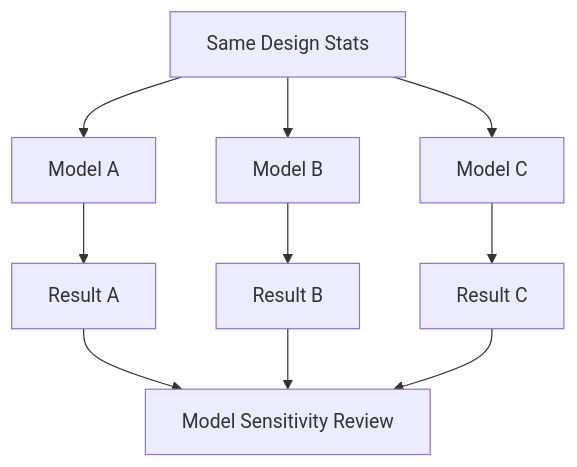
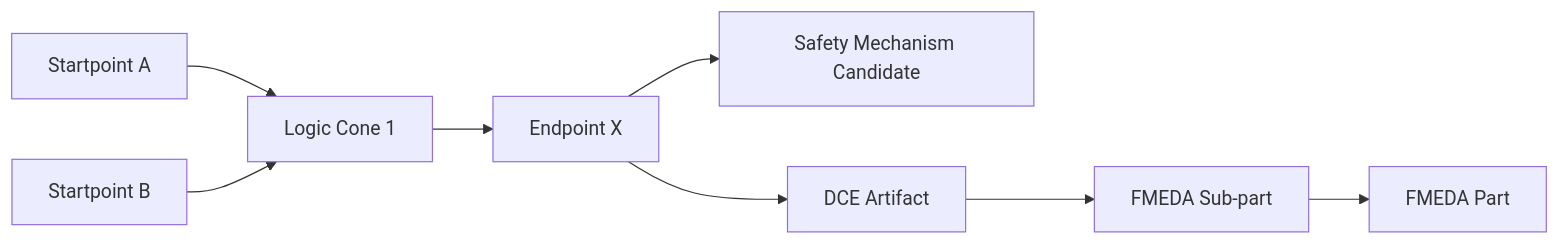
One commit to qiqixixi1001/automotive-safeic-practice changed the fourth of 5 diagrams in articles/04_automotive_safeic_practice_d04_github_en_generic.md. Above: the diagram before and after it, drawn with Mermaid. The commit also changed other lines of this file, not shown here.

````diff
--- a/articles/04_automotive_safeic_practice_d04_github_en_generic.md
+++ b/articles/04_automotive_safeic_practice_d04_github_en_generic.md
@@ -683,12 +764,10 @@
 ```mermaid
-flowchart TD
-    A[Same Design Stats] --> B[Model A]
-    A --> C[Model B]
-    A --> D[Model C]
-    B --> E[Result A]
-    C --> F[Result B]
-    D --> G[Result C]
-    E --> H[Model Sensitivity Review]
-    F --> H
-    G --> H
+flowchart LR
+    SP1[Startpoint A] --> C1[Logic Cone 1]
+    SP2[Startpoint B] --> C1
+    C1 --> EP1[Endpoint X]
+    EP1 --> SM1[Safety Mechanism Candidate]
+    EP1 --> DCE1[DCE Artifact]
+    DCE1 --> SUB1[FMEDA Sub-part]
+    SUB1 --> PART1[FMEDA Part]
 ```
````
